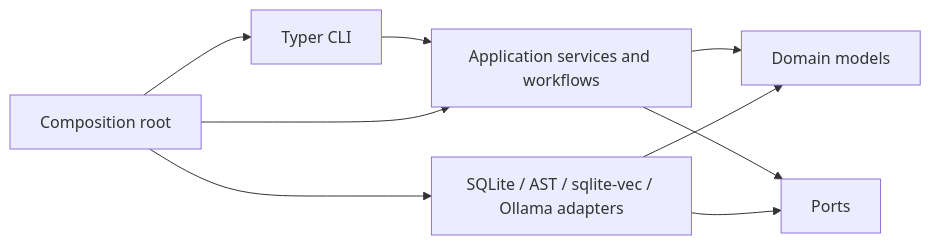
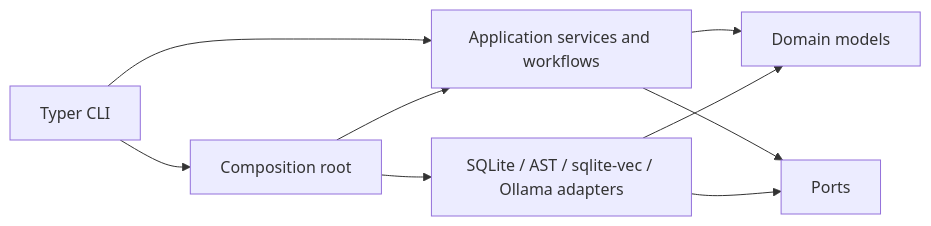
One commit to Furkan-rgb/arch_compass changed the diagram in docs/architecture.md. Above: the diagram before and after it, drawn with Mermaid. The commit also changed other lines of this file and 81 other files, not shown here.

````diff
--- a/docs/architecture.md
+++ b/docs/architecture.md
@@ -11,11 +11,11 @@
 ```mermaid
 flowchart LR
-    CLI[Typer CLI] --> APP[Application services and workflows]
+    CLI[Typer CLI] --> BOOT[Composition root]
+    CLI --> APP[Application services and workflows]
     APP --> DOMAIN[Domain models]
     APP --> PORTS[Ports]
     ADAPTERS[SQLite / AST / sqlite-vec / Ollama adapters] --> PORTS
     ADAPTERS --> DOMAIN
-    BOOT[Composition root] --> CLI
     BOOT --> APP
     BOOT --> ADAPTERS
 ```
````
